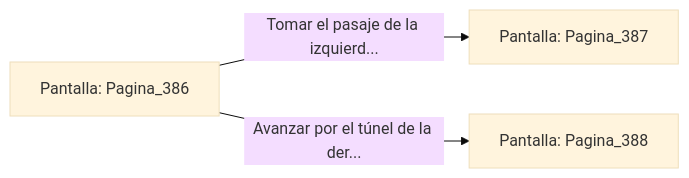
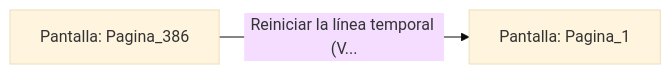
One commit to metsuke/mpl changed the diagram in sample/eligejuego-vault/Pantalla_Pagina_386.md. Above: the diagram before and after it, drawn with Mermaid (base theme). The commit also changed other lines of this file and 635 other files, not shown here.

First line of the commit message:
fix: añadir Pagina_1 como pantalla inicial en capitulo_01.mpl

````diff
--- a/sample/eligejuego-vault/Pantalla_Pagina_386.md
+++ b/sample/eligejuego-vault/Pantalla_Pagina_386.md
@@ -20,6 +17,5 @@
 ```mermaid
 graph LR
     P_Pagina_386["Pantalla: Pagina_386"]
-    P_Pagina_386 -->|"Tomar el pasaje de la izquierd..."| P_Pagina_387["Pantalla: Pagina_387"]
-    P_Pagina_386 -->|"Avanzar por el túnel de la der..."| P_Pagina_388["Pantalla: Pagina_388"]
+    P_Pagina_386 -->|"Reiniciar la línea temporal (V..."| P_Pagina_1["Pantalla: Pagina_1"]
 ```
````
